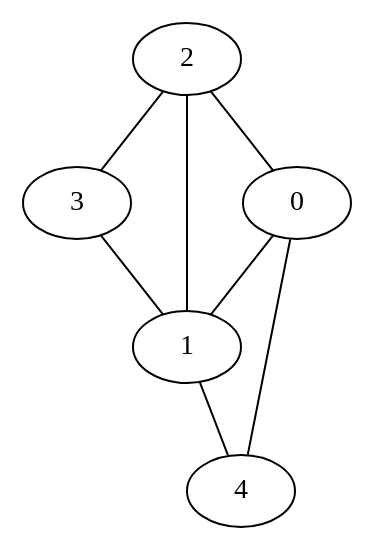
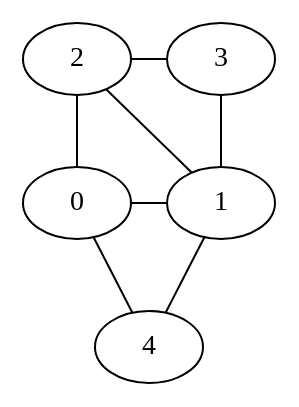
Before and after one commit to jbayardo/algo3-tp3: the diagram in examples/problem 3/example3_0.dot, drawn with Graphviz. The commit also changed 56 other files, not shown here.

```diff
--- a/examples/problem 3/example3_0.dot
+++ b/examples/problem 3/example3_0.dot
@@ -1,9 +1,11 @@
 graph G { 
 	2 -- 3;
 	2 -- 1;
 	2 -- 0;
 	3 -- 1;
 	0 -- 1;
 	0 -- 4;
 	1 -- 4;
+	{rank=same 0 1}
+	{rank=same 2 3}
 }
```
